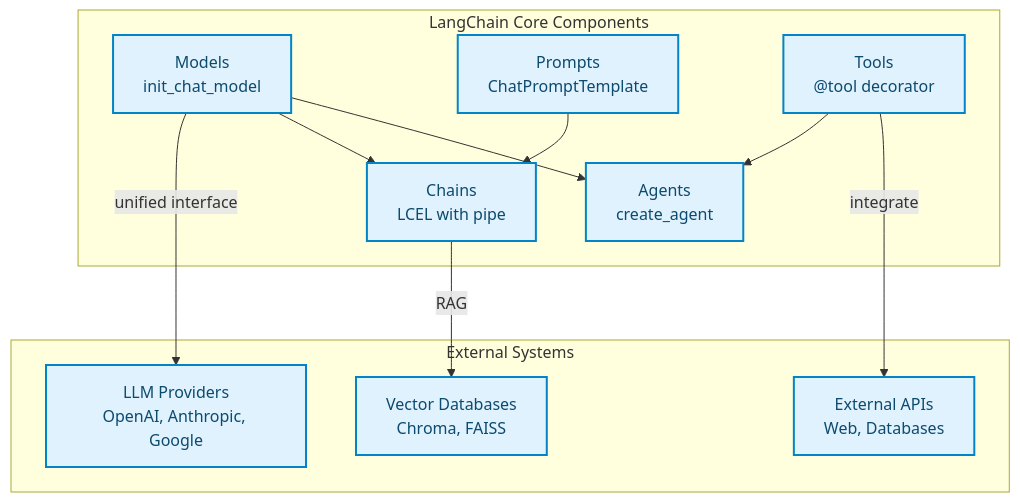
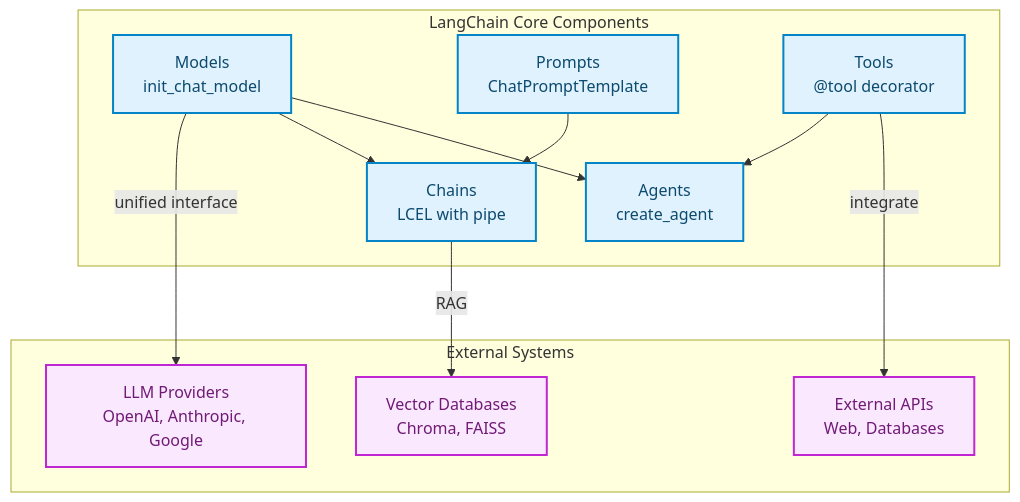
The first of 4 diagrams in docs/05-frameworks/einsteiger-langchain.md (ralf-42/Agenten), drawn with Mermaid before and after one commit. The commit also changed 7 other files, not shown here.

````diff
--- a/docs/05-frameworks/einsteiger-langchain.md
+++ b/docs/05-frameworks/einsteiger-langchain.md
@@ -48,26 +48,29 @@
 ```mermaid
 graph TB
     subgraph "LangChain Core Components"
         MODELS[Models<br/>init_chat_model]
         PROMPTS[Prompts<br/>ChatPromptTemplate]
         TOOLS["Tools<br/>@tool decorator"]
         CHAINS[Chains<br/>LCEL with pipe]
         AGENTS[Agents<br/>create_agent]
     end
 
     subgraph "External Systems"
         LLM_PROVIDERS[LLM Providers<br/>OpenAI, Anthropic, Google]
         VECTOR_DB[Vector Databases<br/>Chroma, FAISS]
         APIS[External APIs<br/>Web, Databases]
     end
 
     MODELS -->|unified interface| LLM_PROVIDERS
     PROMPTS --> CHAINS
     MODELS --> CHAINS
     TOOLS --> AGENTS
     MODELS --> AGENTS
     CHAINS -->|RAG| VECTOR_DB
     TOOLS -->|integrate| APIS
 
     classDef default fill:#e0f2fe,stroke:#0284c7,stroke-width:2px,color:#0c4a6e;
+    classDef target fill:#fae8ff,stroke:#c026d3,stroke-width:2px,color:#701a75;
+
+    class LLM_PROVIDERS,VECTOR_DB,APIS target;
 ```
````
